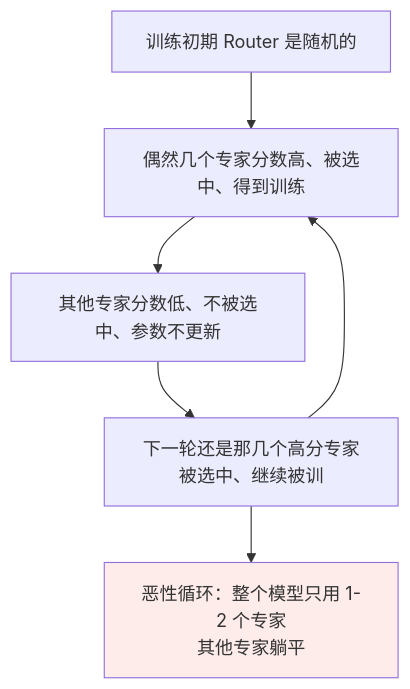
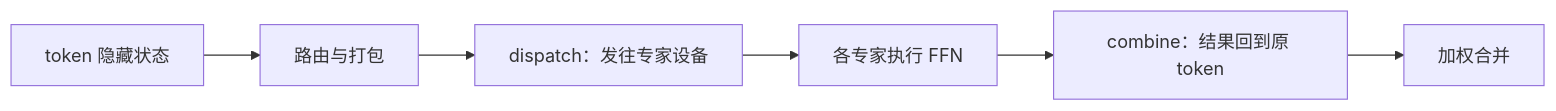
Before and after one commit to oneleaveknowsthefall/awesome-ai-roadmap: the second of 2 diagrams in docs/llm/03-inference-serving/19-moe.md, drawn with Mermaid. The commit also changed other lines of this file and 45 other files, not shown here.

````diff
--- a/docs/llm/03-inference-serving/19-moe.md
+++ b/docs/llm/03-inference-serving/19-moe.md
@@ -89,10 +157,8 @@
 ```mermaid
-flowchart TB
-    A["训练初期 Router 是随机的"] --> B["偶然几个专家分数高、被选中、得到训练"]
-    B --> C["其他专家分数低、不被选中、参数不更新"]
-    C --> D["下一轮还是那几个高分专家被选中、继续被训"]
-    D --> B
-    D --> E["恶性循环：整个模型只用 1-2 个专家<br/>其他专家躺平"]
-
-    style E fill:#fdecea
+flowchart LR
+    H["token 隐藏状态"] --> ROUTE["路由与打包"]
+    ROUTE --> SEND["dispatch：发往专家设备"]
+    SEND --> FFN["各专家执行 FFN"]
+    FFN --> BACK["combine：结果回到原 token"]
+    BACK --> SUM["加权合并"]
 ```
````
